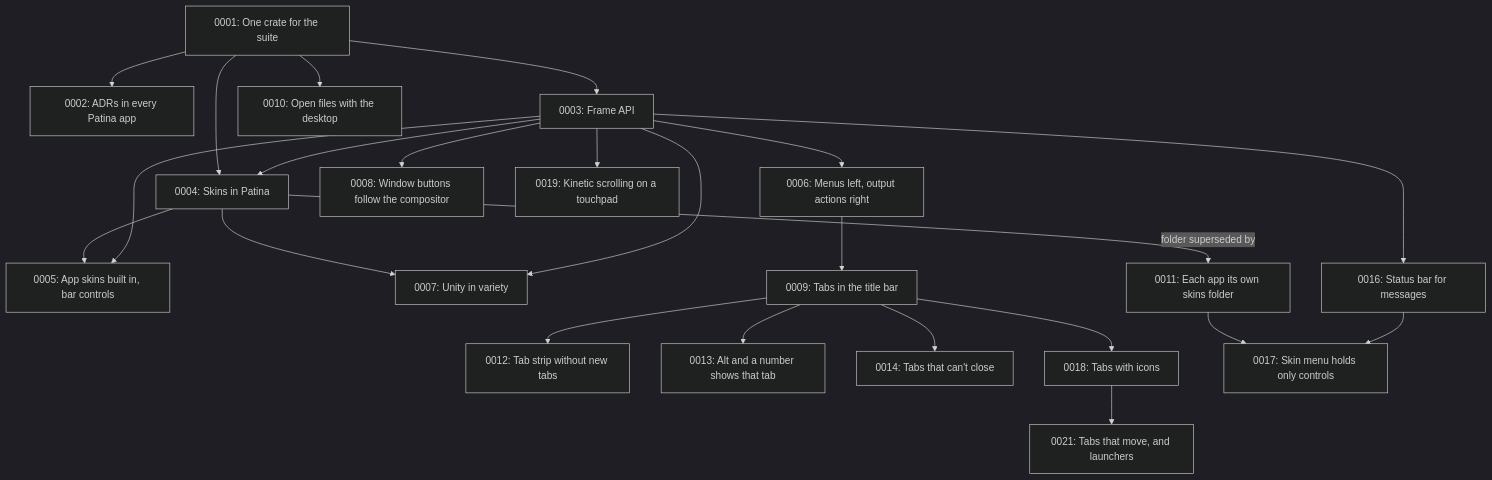
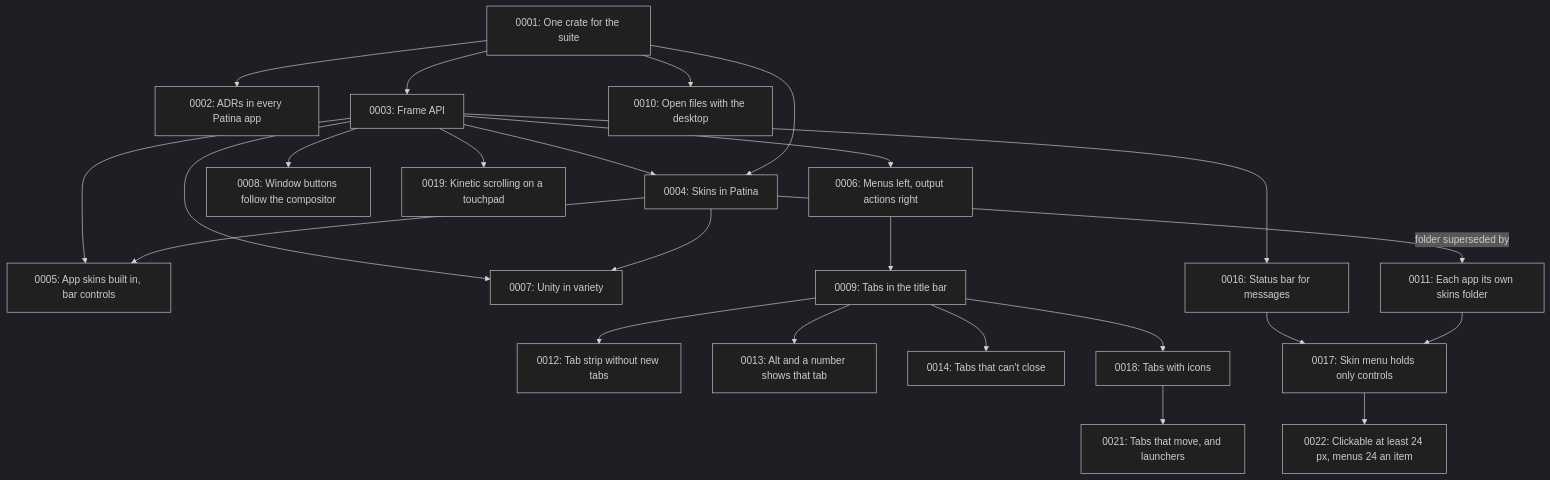
Before and after one commit to Sector-F-Labs/patina: the diagram in docs/adr/README.md, drawn with Mermaid (dark theme). The commit also changed other lines of this file and 14 other files, not shown here.

First line of the commit message:
Menus' items are 24 high, and nothing clickable smaller than 24x24 (ADR-0022)

````diff
--- a/docs/adr/README.md
+++ b/docs/adr/README.md
@@ -69,25 +70,26 @@
 ```mermaid
 flowchart TD
     A[0001: One crate for the suite] --> B[0002: ADRs in every Patina app]
     A --> C[0003: Frame API]
     A --> D[0004: Skins in Patina]
     C --> D
     D --> E[0005: App skins built in, bar controls]
     C --> F[0006: Menus left, output actions right]
     C --> E
     D --> G[0007: Unity in variety]
     C --> G
     C --> H[0008: Window buttons follow the compositor]
     F --> I[0009: Tabs in the title bar]
     A --> J[0010: Open files with the desktop]
     D -->|folder superseded by| K[0011: Each app its own skins folder]
     I --> L[0012: Tab strip without new tabs]
     I --> M[0013: Alt and a number shows that tab]
     I --> N[0014: Tabs that can't close]
     I --> Q[0018: Tabs with icons]
     Q --> S[0021: Tabs that move, and launchers]
     C --> O[0016: Status bar for messages]
     K --> P[0017: Skin menu holds only controls]
     O --> P
     C --> R[0019: Kinetic scrolling on a touchpad]
+    P --> T[0022: Clickable at least 24 px, menus 24 an item]
 ```
````
